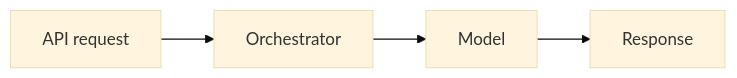
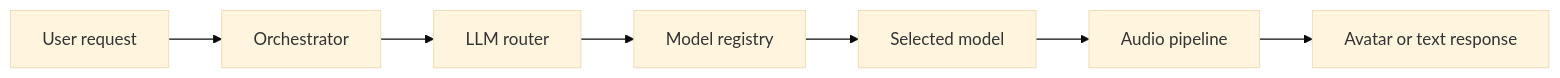
One commit to DINGIRABZU/ABZU changed the diagram in docs/architecture_overview.md. Above: the diagram before and after it, drawn with Mermaid (base theme). The commit also changed other lines of this file and 3 other files, not shown here.

Commit message:
docs: add architecture overview

````diff
--- a/docs/architecture_overview.md
+++ b/docs/architecture_overview.md
@@ -7,6 +7,9 @@
 ```mermaid
 flowchart LR
-    A[API request] --> B[Orchestrator]
-    B --> C[Model]
-    C --> D[Response]
+    U[User request] --> O[Orchestrator]
+    O --> R[LLM router]
+    R --> M[Model registry]
+    M --> L[Selected model]
+    L --> A[Audio pipeline]
+    A --> S[Avatar or text response]
 ```
````
